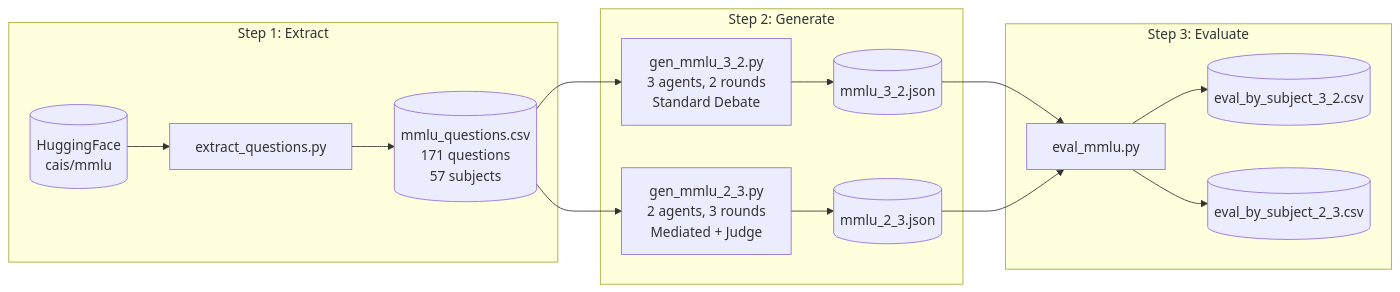
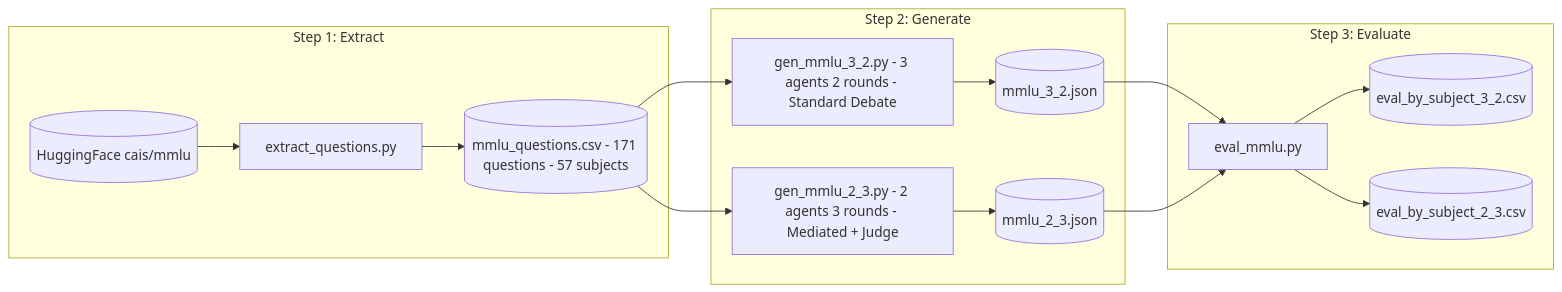
One commit to mikenk2010/COSC3009-Intelligent-Decision-Making-Advanced-IDM-Algorithm-Design changed the ninth of 22 diagrams in README.md. Above: the diagram before and after it, drawn with Mermaid. The commit also changed other lines of this file and 1 other file, not shown here.

````diff
--- a/README.md
+++ b/README.md
@@ -299,28 +410,28 @@
 ```mermaid
 flowchart LR
     subgraph Step1["Step 1: Extract"]
-        HF[(HuggingFace<br/>cais/mmlu)]
-        EXT[extract_questions.py]
-        CSV[(mmlu_questions.csv<br/>171 questions<br/>57 subjects)]
+        HF[("HuggingFace cais/mmlu")]
+        EXT["extract_questions.py"]
+        CSV[("mmlu_questions.csv - 171 questions - 57 subjects")]
         HF --> EXT --> CSV
     end
 
     subgraph Step2["Step 2: Generate"]
-        GEN32[gen_mmlu_3_2.py<br/>3 agents, 2 rounds<br/>Standard Debate]
-        GEN23[gen_mmlu_2_3.py<br/>2 agents, 3 rounds<br/>Mediated + Judge]
-        JSON32[(mmlu_3_2.json)]
-        JSON23[(mmlu_2_3.json)]
+        GEN32["gen_mmlu_3_2.py - 3 agents 2 rounds - Standard Debate"]
+        GEN23["gen_mmlu_2_3.py - 2 agents 3 rounds - Mediated + Judge"]
+        JSON32[("mmlu_3_2.json")]
+        JSON23[("mmlu_2_3.json")]
         CSV --> GEN32 --> JSON32
         CSV --> GEN23 --> JSON23
     end
 
     subgraph Step3["Step 3: Evaluate"]
-        EVAL[eval_mmlu.py]
-        CSV32[(eval_by_subject_3_2.csv)]
-        CSV23[(eval_by_subject_2_3.csv)]
-        JSON32 --> EVAL
-        JSON23 --> EVAL
-        EVAL --> CSV32
-        EVAL --> CSV23
+        EVALSCRIPT["eval_mmlu.py"]
+        CSV32[("eval_by_subject_3_2.csv")]
+        CSV23[("eval_by_subject_2_3.csv")]
+        JSON32 --> EVALSCRIPT
+        JSON23 --> EVALSCRIPT
+        EVALSCRIPT --> CSV32
+        EVALSCRIPT --> CSV23
     end
 ```
````
